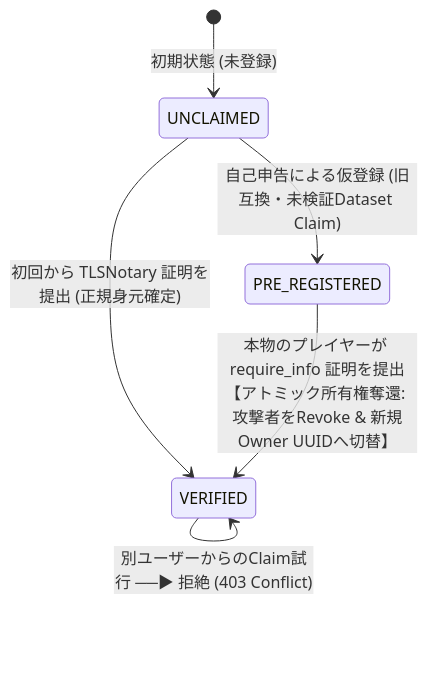
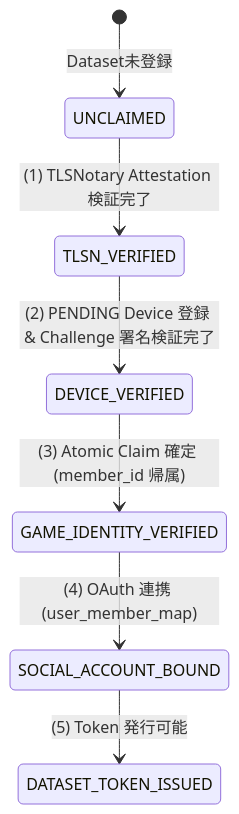
Before and after one commit to tsukasa-u/FUSOU: the first of 2 diagrams in docs/operations/member-id-preemptive-attack-and-recovery.md, drawn with Mermaid. The commit also changed other lines of this file and 1 other file, not shown here.

````diff
--- a/docs/operations/member-id-preemptive-attack-and-recovery.md
+++ b/docs/operations/member-id-preemptive-attack-and-recovery.md
@@ -249,12 +249,10 @@
 ```mermaid
 stateDiagram-v2
-    [*] --> UNCLAIMED: 初期状態 (未登録)
+    [*] --> UNCLAIMED: Dataset未登録
     
-    UNCLAIMED --> PRE_REGISTERED: 自己申告による仮登録 (旧互換・未検証Dataset Claim)
-    UNCLAIMED --> VERIFIED: 初回から TLSNotary 証明を提出 (正規身元確定)
-    
-    PRE_REGISTERED --> VERIFIED: 本物のプレイヤーが require_info 証明を提出<br/>【アトミック所有権奪還: 攻撃者をRevoke & 新規Owner UUIDへ切替】
-    
-    VERIFIED --> VERIFIED: 同一オーナーによる追加端末登録 (属性: user_devices 追加)
-    VERIFIED --> VERIFIED: 別ユーザーからのClaim試行 ──▶ 拒絶 (403 Conflict)
+    UNCLAIMED --> TLSN_VERIFIED: (1) TLSNotary Attestation 検証完了
+    TLSN_VERIFIED --> DEVICE_VERIFIED: (2) PENDING Device 登録 & Challenge 署名検証完了
+    DEVICE_VERIFIED --> GAME_IDENTITY_VERIFIED: (3) Atomic Claim 確定 (member_id 帰属)
+    GAME_IDENTITY_VERIFIED --> SOCIAL_ACCOUNT_BOUND: (4) OAuth 連携 (user_member_map)
+    SOCIAL_ACCOUNT_BOUND --> DATASET_TOKEN_ISSUED: (5) Token 発行可能
 ```
````
